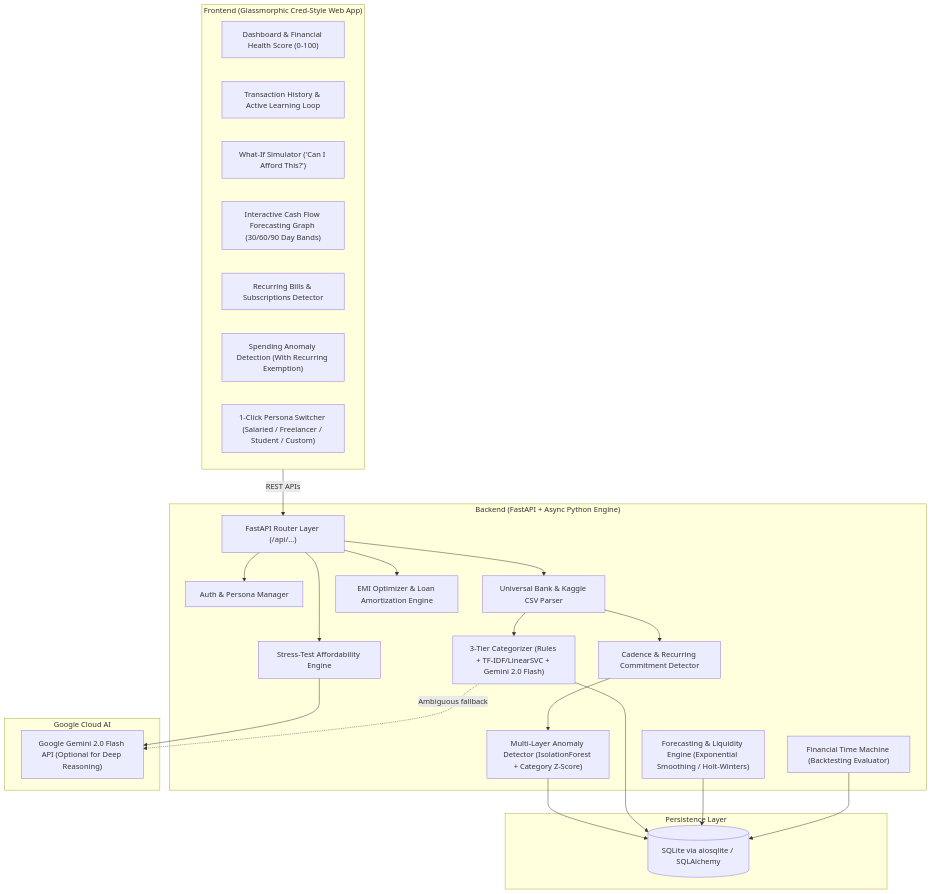
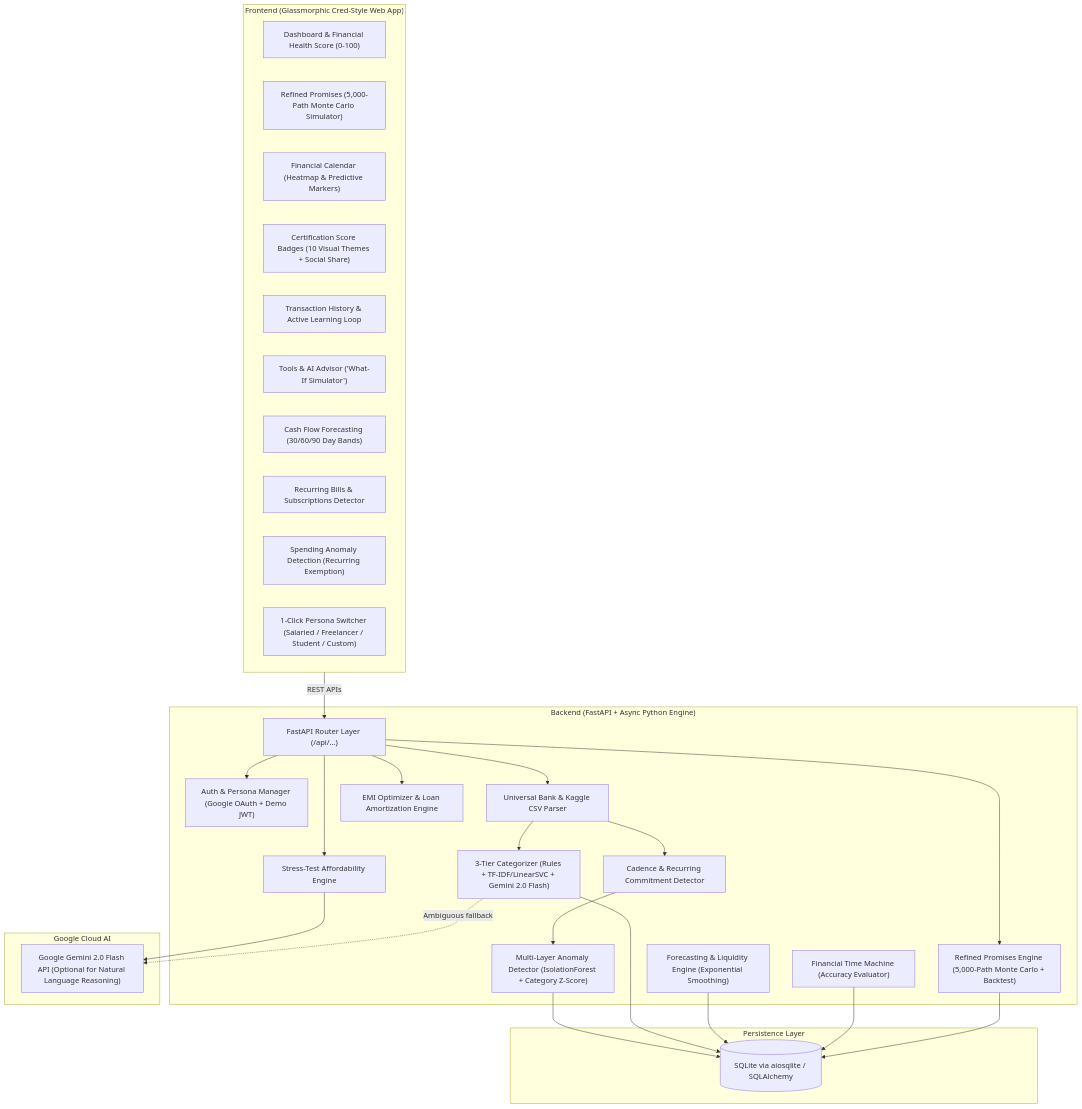
The diagram in README.md (notalwaysadream/clairfinance), drawn with Mermaid before and after one commit. The commit also changed other lines of this file and 37 other files, not shown here.

Commit message:
feat: Refined Promises Monte Carlo engine, real-time interactivity, full rebranding to Clairfinance, and README docs with live Render link

````diff
--- a/README.md
+++ b/README.md
@@ -10,48 +17,54 @@
 ```mermaid
 flowchart TD
     subgraph Frontend["Frontend (Glassmorphic Cred-Style Web App)"]
         Dashboard["Dashboard & Financial Health Score (0-100)"]
+        PromisesUI["Refined Promises (5,000-Path Monte Carlo Simulator)"]
+        CalendarUI["Financial Calendar (Heatmap & Predictive Markers)"]
+        BadgesUI["Certification Score Badges (10 Visual Themes + Social Share)"]
         Transactions["Transaction History & Active Learning Loop"]
-        Advisor["What-If Simulator ('Can I Afford This?')"]
-        Forecasting["Interactive Cash Flow Forecasting Graph (30/60/90 Day Bands)"]
+        Advisor["Tools & AI Advisor ('What-If Simulator')"]
+        Forecasting["Cash Flow Forecasting (30/60/90 Day Bands)"]
         Bills["Recurring Bills & Subscriptions Detector"]
-        Anomalies["Spending Anomaly Detection (With Recurring Exemption)"]
+        Anomalies["Spending Anomaly Detection (Recurring Exemption)"]
         PersonaBar["1-Click Persona Switcher (Salaried / Freelancer / Student / Custom)"]
     end
 
     subgraph Backend["Backend (FastAPI + Async Python Engine)"]
         Router["FastAPI Router Layer (/api/...)"]
-        AuthSvc["Auth & Persona Manager"]
+        AuthSvc["Auth & Persona Manager (Google OAuth + Demo JWT)"]
         CSVParser["Universal Bank & Kaggle CSV Parser"]
         CatEngine["3-Tier Categorizer (Rules + TF-IDF/LinearSVC + Gemini 2.0 Flash)"]
         RecDetector["Cadence & Recurring Commitment Detector"]
         AnomalyDetector["Multi-Layer Anomaly Detector (IsolationForest + Category Z-Score)"]
-        ForecastEngine["Forecasting & Liquidity Engine (Exponential Smoothing / Holt-Winters)"]
-        BacktestEngine["Financial Time Machine (Backtesting Evaluator)"]
+        ForecastEngine["Forecasting & Liquidity Engine (Exponential Smoothing)"]
+        BacktestEngine["Financial Time Machine (Accuracy Evaluator)"]
+        PromisesEngine["Refined Promises Engine (5,000-Path Monte Carlo + Backtest)"]
         DecisionEngine["Stress-Test Affordability Engine"]
         DebtOptimizer["EMI Optimizer & Loan Amortization Engine"]
     end
 
     subgraph Storage["Persistence Layer"]
         DB[(SQLite via aiosqlite / SQLAlchemy)]
     end
 
     subgraph External["Google Cloud AI"]
-        Gemini["Google Gemini 2.0 Flash API (Optional for Deep Reasoning)"]
+        Gemini["Google Gemini 2.0 Flash API (Optional for Natural Language Reasoning)"]
     end
 
     Frontend -->|REST APIs| Router
     Router --> AuthSvc
     Router --> CSVParser
     Router --> DecisionEngine
     Router --> DebtOptimizer
+    Router --> PromisesEngine
     CSVParser --> CatEngine
     CSVParser --> RecDetector
     RecDetector --> AnomalyDetector
     AnomalyDetector --> DB
     CatEngine --> DB
     ForecastEngine --> DB
     BacktestEngine --> DB
+    PromisesEngine --> DB
     DecisionEngine --> Gemini
     CatEngine -.->|Ambiguous fallback| Gemini
 ```
````
